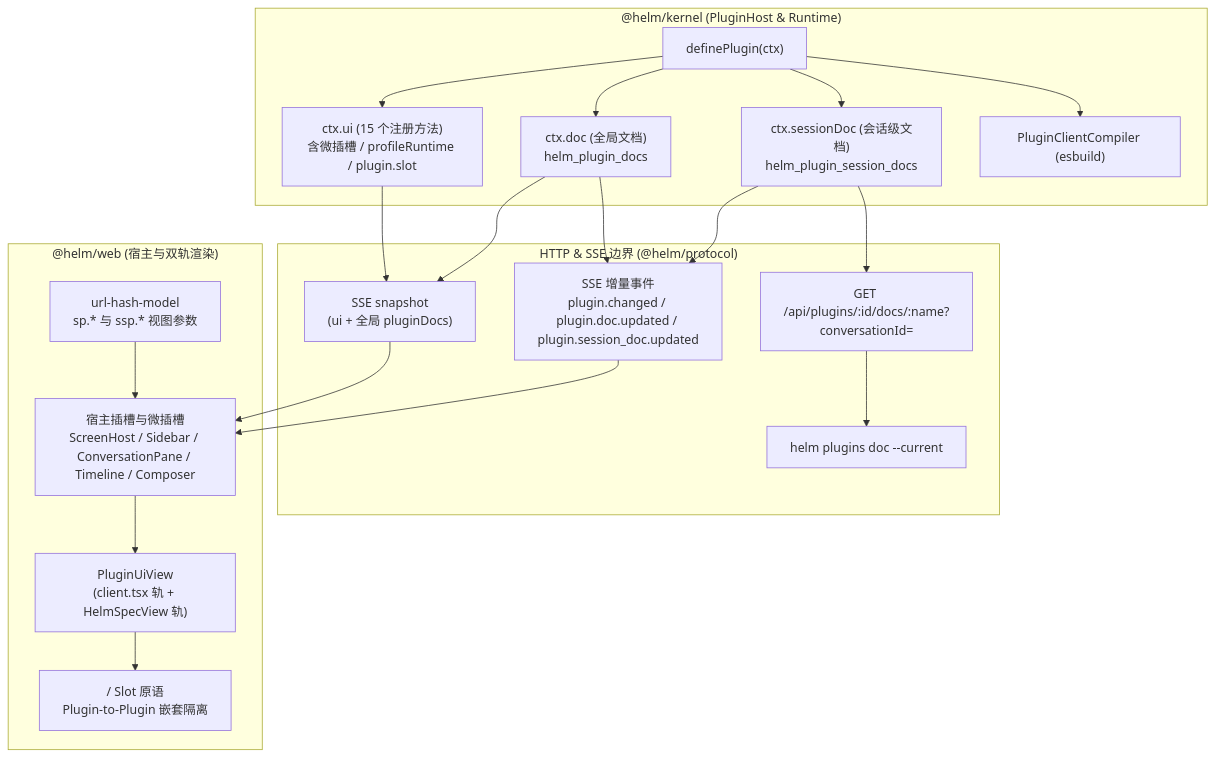
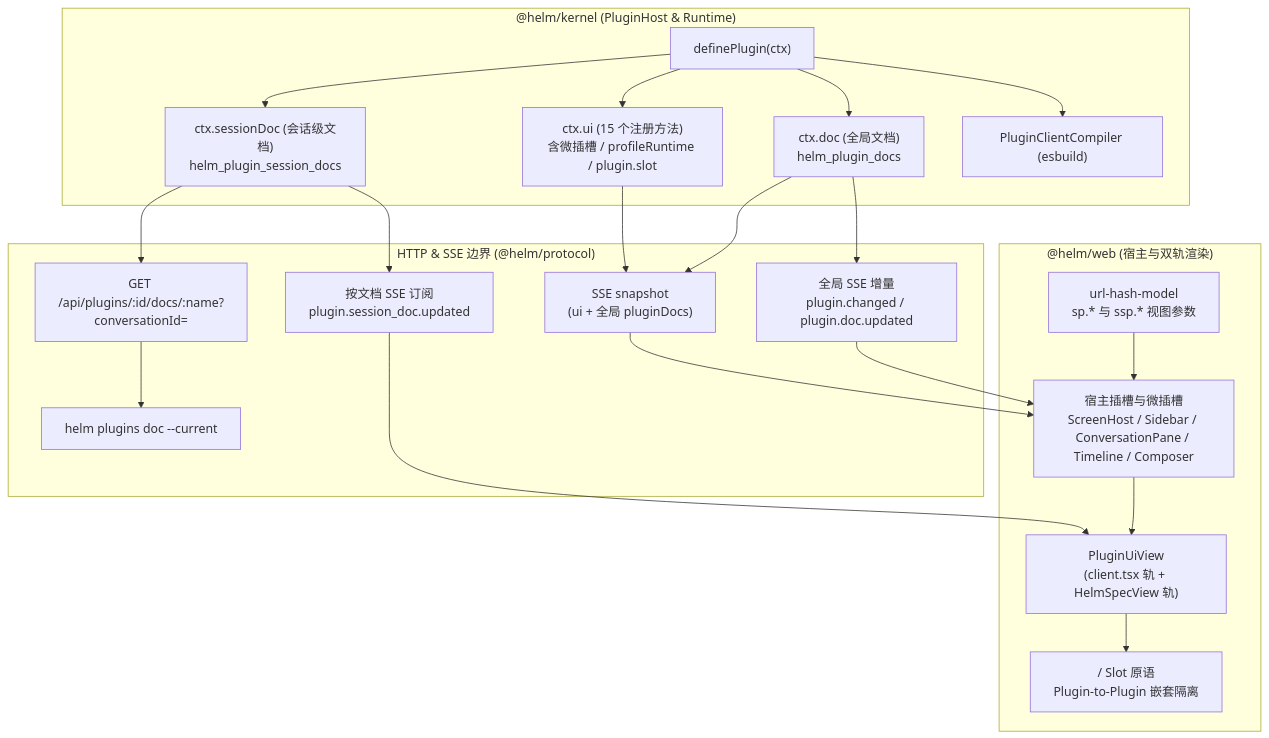
The first of 2 diagrams in docs/superpowers/specs/20261109 Web界面扩展机制与会话投影设计文档.md (team4u/helm), drawn with Mermaid before and after one commit. The commit also changed other lines of this file and 9 other files, not shown here.

````diff
--- a/docs/superpowers/specs/20261109 Web界面扩展机制与会话投影设计文档.md
+++ b/docs/superpowers/specs/20261109 Web界面扩展机制与会话投影设计文档.md
@@ -40,40 +40,42 @@
 ```mermaid
 flowchart TB
     subgraph Kernel["@helm/kernel (PluginHost & Runtime)"]
         Define["definePlugin(ctx)"]
         UiReg["ctx.ui (15 个注册方法)<br/>含微插槽 / profileRuntime / plugin.slot"]
         GlobalDoc["ctx.doc (全局文档)<br/>helm_plugin_docs"]
         SessionDoc["ctx.sessionDoc (会话级文档)<br/>helm_plugin_session_docs"]
         Compiler["PluginClientCompiler (esbuild)"]
     end
 
     subgraph Transport["HTTP & SSE 边界 (@helm/protocol)"]
         Snapshot["SSE snapshot<br/>(ui + 全局 pluginDocs)"]
-        Events["SSE 增量事件<br/>plugin.changed / plugin.doc.updated / plugin.session_doc.updated"]
+        Events["全局 SSE 增量<br/>plugin.changed / plugin.doc.updated"]
+        SessionEvents["按文档 SSE 订阅<br/>plugin.session_doc.updated"]
         HttpDoc["GET /api/plugins/:id/docs/:name?conversationId="]
         CliDoc["helm plugins doc <pluginId> <name> --current"]
     end
 
     subgraph Web["@helm/web (宿主与双轨渲染)"]
         Hash["url-hash-model<br/>sp.* 与 ssp.* 视图参数"]
         HostSlots["宿主插槽与微插槽<br/>ScreenHost / Sidebar / ConversationPane / Timeline / Composer"]
         PluginView["PluginUiView<br/>(client.tsx 轨 + HelmSpecView 轨)"]
         SubSlot["<PluginSlot /> / Slot 原语<br/>Plugin-to-Plugin 嵌套隔离"]
     end
 
     Define --> UiReg
     Define --> GlobalDoc
     Define --> SessionDoc
     Define --> Compiler
     UiReg --> Snapshot
     GlobalDoc --> Snapshot
     GlobalDoc --> Events
-    SessionDoc --> Events
+    SessionDoc --> SessionEvents
+    SessionEvents --> PluginView
     SessionDoc --> HttpDoc
     HttpDoc --> CliDoc
     Snapshot --> HostSlots
     Events --> HostSlots
     Hash --> HostSlots
     HostSlots --> PluginView
     PluginView --> SubSlot
 ```
````
